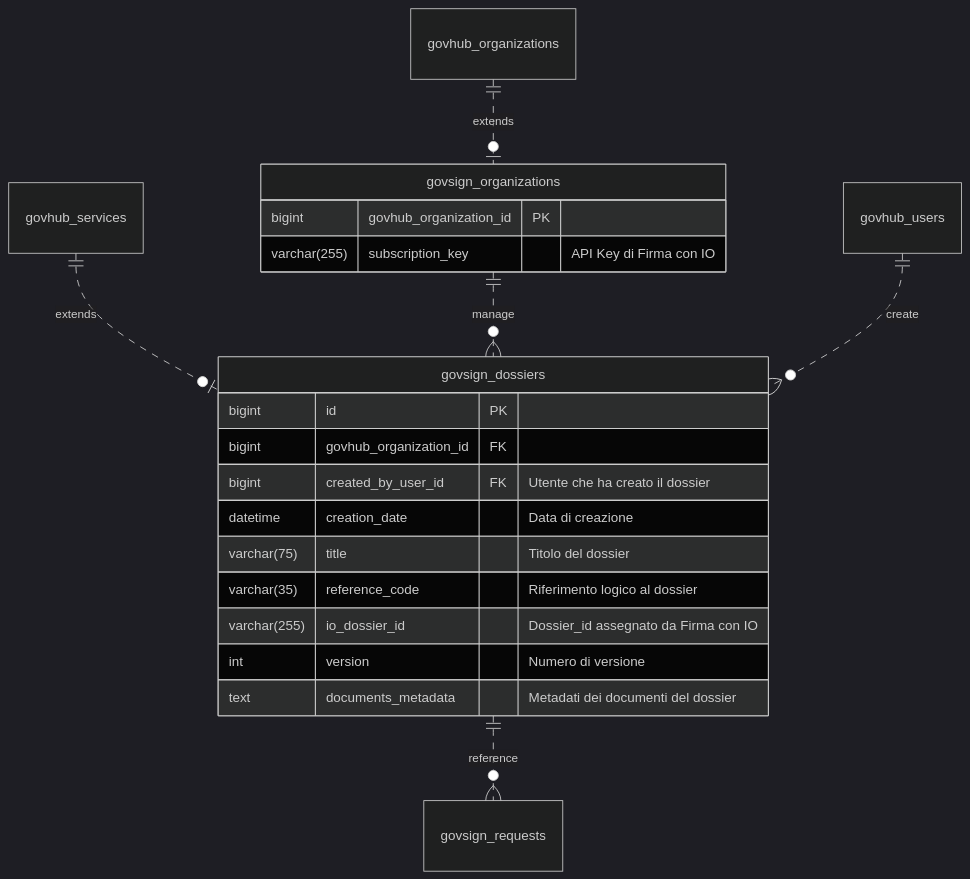
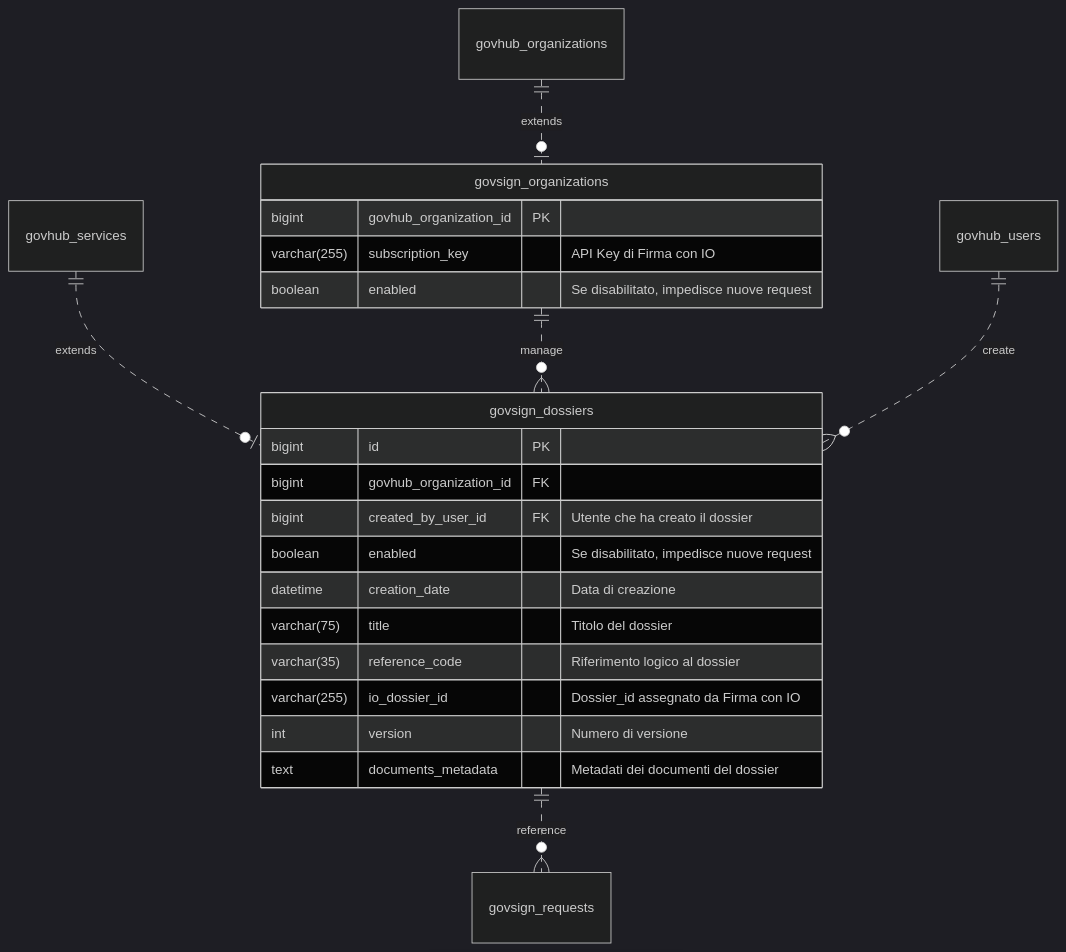
One commit to link-it/govsign-docs changed the diagram in specifiche-tecniche/schema-dati/dossier.md. Above: the diagram before and after it, drawn with Mermaid (dark theme).

Commit message:
Aggiunto flag di abilitazione a organizzazioni e dossier

````diff
--- a/specifiche-tecniche/schema-dati/dossier.md
+++ b/specifiche-tecniche/schema-dati/dossier.md
@@ -3,29 +3,31 @@
 ```mermaid fullWidth="true"
 erDiagram
 
 govhub_organizations ||..o| govsign_organizations: "extends"
 govhub_services ||..o| govsign_dossiers: "extends"
 govsign_organizations ||..o{ govsign_dossiers: "manage"
 govsign_dossiers ||..o{ govsign_requests: "reference"
 govhub_users ||..o{ govsign_dossiers: "create"
 
 
 govsign_organizations {
     bigint govhub_organization_id PK
     varchar(255) subscription_key "API Key di Firma con IO"
+    boolean enabled "Se disabilitato, impedisce nuove request"
 }
 
 govsign_dossiers {
     bigint id PK
     bigint govhub_organization_id FK
     bigint created_by_user_id FK "Utente che ha creato il dossier"
+    boolean enabled "Se disabilitato, impedisce nuove request"
     datetime creation_date "Data di creazione"
     varchar(75) title "Titolo del dossier" 
     varchar(35) reference_code "Riferimento logico al dossier" 
     varchar(255) io_dossier_id "Dossier_id assegnato da Firma con IO"
     int version "Numero di versione" 
     text documents_metadata "Metadati dei documenti del dossier"
 }
 
 
 ```
````
